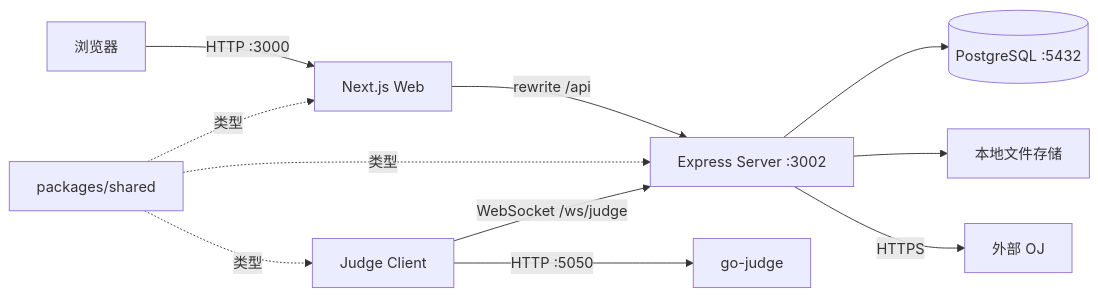
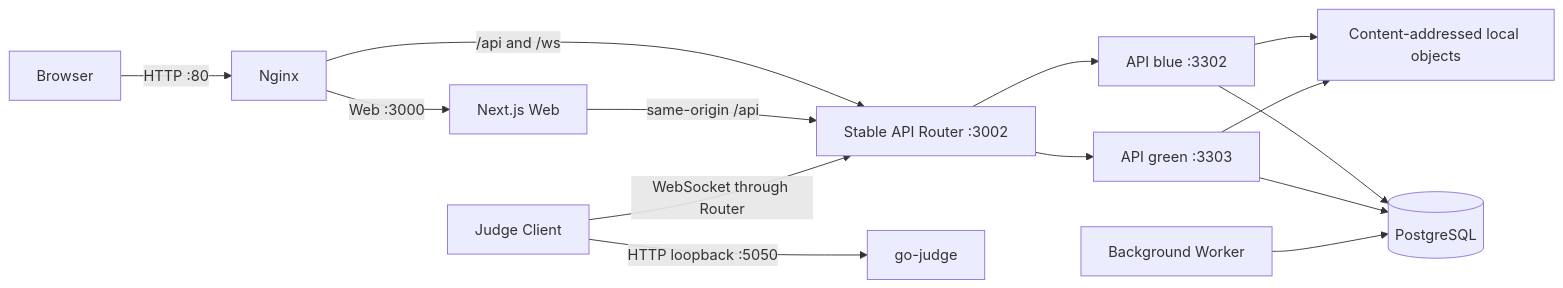
Before and after one commit to carits/oi-manager: the diagram in docs/architecture/SYSTEM_OVERVIEW.md, drawn with Mermaid. The commit also changed other lines of this file and 13 other files, not shown here.

````diff
--- a/docs/architecture/SYSTEM_OVERVIEW.md
+++ b/docs/architecture/SYSTEM_OVERVIEW.md
@@ -12,13 +26,16 @@
 ```mermaid
 flowchart LR
-  Browser["浏览器"] -->|HTTP :3000| Web["Next.js Web"]
-  Web -->|rewrite /api| Server["Express Server :3002"]
-  Server --> DB[("PostgreSQL :5432")]
-  Server --> Storage["本地文件存储"]
-  Server -->|HTTPS| OJ["外部 OJ"]
-  Judge["Judge Client"] -->|WebSocket /ws/judge| Server
-  Judge -->|HTTP :5050| Sandbox["go-judge"]
-  Shared["packages/shared"] -.类型.-> Web
-  Shared -.类型.-> Server
-  Shared -.类型.-> Judge
+  Browser["Browser"] -->|HTTP :80| Nginx["Nginx"]
+  Nginx -->|Web :3000| Web["Next.js Web"]
+  Nginx -->|/api and /ws| Router["Stable API Router :3002"]
+  Web -->|same-origin /api| Router
+  Router --> Blue["API blue :3302"]
+  Router --> Green["API green :3303"]
+  Blue --> DB[("PostgreSQL")]
+  Green --> DB
+  Blue --> Blob["Content-addressed local objects"]
+  Green --> Blob
+  Worker["Background Worker"] --> DB
+  Judge["Judge Client"] -->|WebSocket through Router| Router
+  Judge -->|HTTP loopback :5050| Sandbox["go-judge"]
 ```
````
